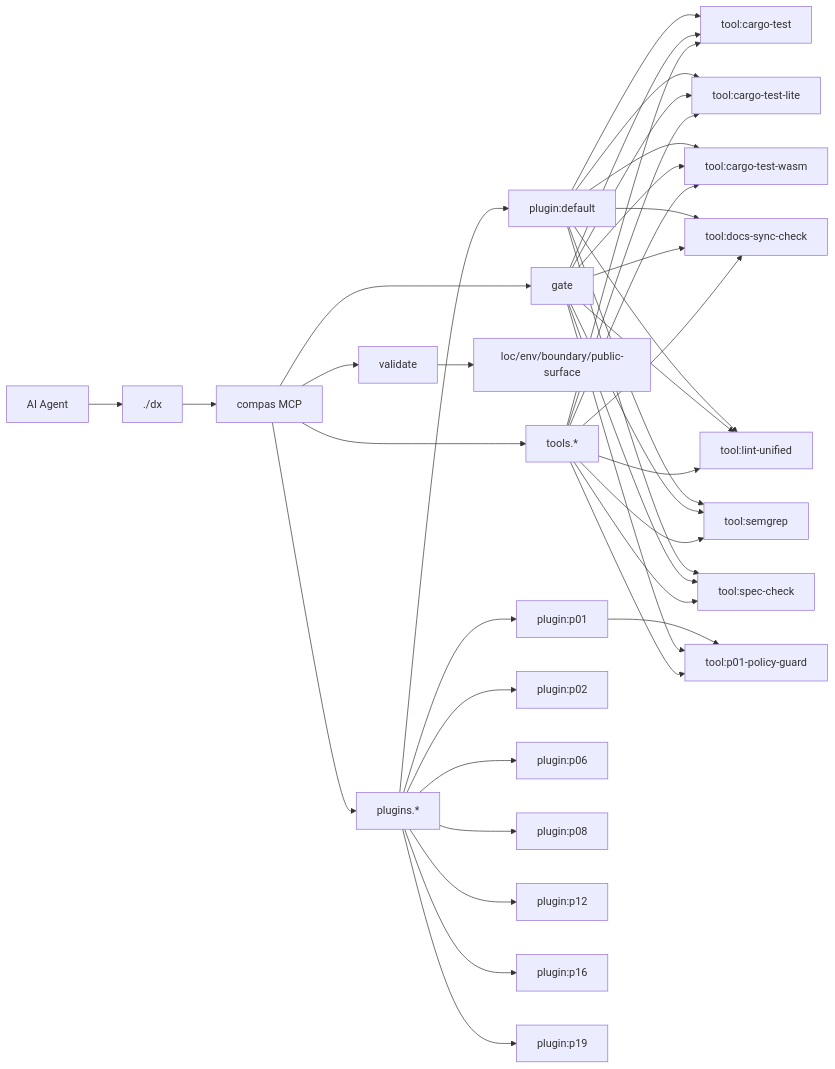
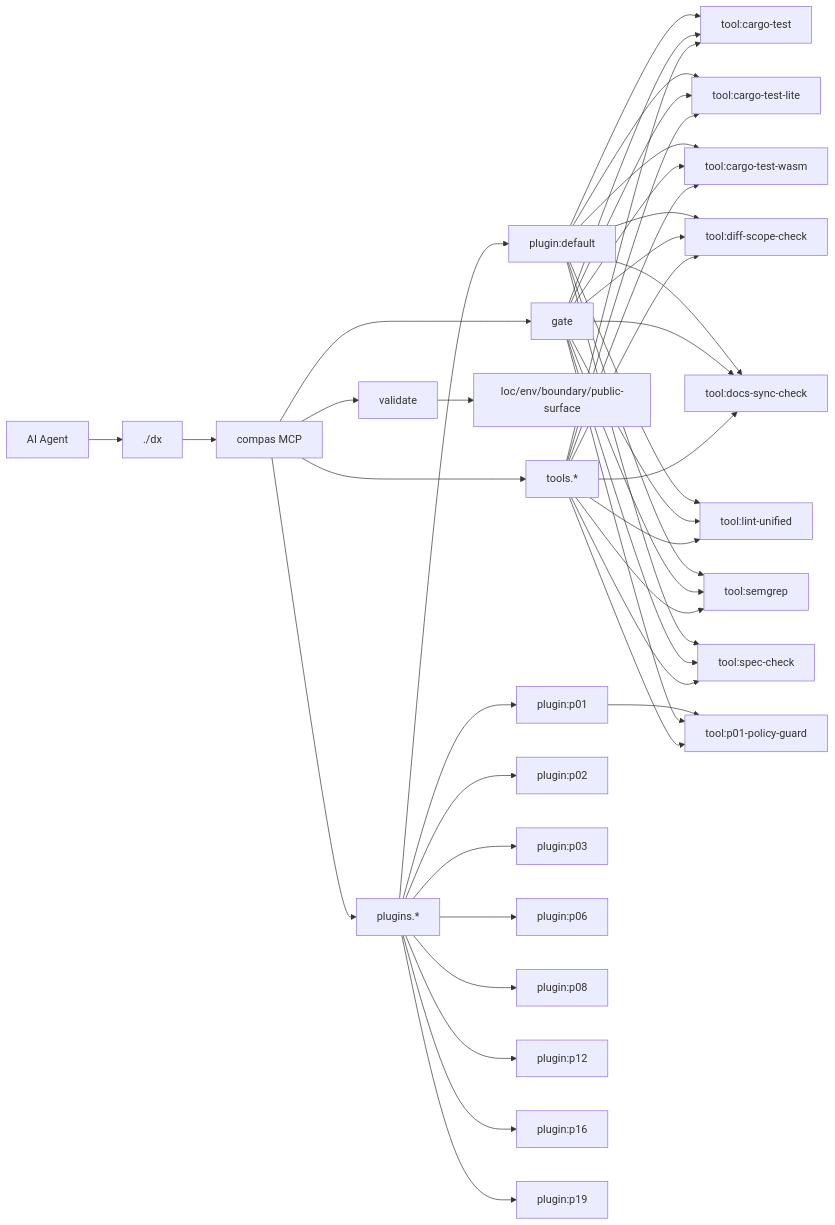
One commit to AmirTlinov/compas changed the diagram in AGENTS.md. Above: the diagram before and after it, drawn with Mermaid. The commit also changed other lines of this file and 7 other files, not shown here.

````diff
--- a/AGENTS.md
+++ b/AGENTS.md
@@ -61,42 +63,46 @@
 ```mermaid
 flowchart LR
   Agent[AI Agent] --> DX[./dx]
   DX --> MCP[compas MCP]
   MCP --> V[validate]
   MCP --> G[gate]
   MCP --> PL[plugins.*]
   MCP --> TL[tools.*]
   V --> C1[loc/env/boundary/public-surface]
   PL --> P_default["plugin:default"]
   P_default --> T_cargo_test["tool:cargo-test"]
   G --> T_cargo_test
   P_default --> T_cargo_test_lite["tool:cargo-test-lite"]
   G --> T_cargo_test_lite
   P_default --> T_cargo_test_wasm["tool:cargo-test-wasm"]
   G --> T_cargo_test_wasm
+  P_default --> T_diff_scope_check["tool:diff-scope-check"]
+  G --> T_diff_scope_check
   P_default --> T_docs_sync_check["tool:docs-sync-check"]
   G --> T_docs_sync_check
   P_default --> T_lint_unified["tool:lint-unified"]
   G --> T_lint_unified
   P_default --> T_semgrep["tool:semgrep"]
   G --> T_semgrep
   P_default --> T_spec_check["tool:spec-check"]
   G --> T_spec_check
   PL --> P_p01["plugin:p01"]
   P_p01 --> T_p01_policy_guard["tool:p01-policy-guard"]
   G --> T_p01_policy_guard
   PL --> P_p02["plugin:p02"]
+  PL --> P_p03["plugin:p03"]
   PL --> P_p06["plugin:p06"]
   PL --> P_p08["plugin:p08"]
   PL --> P_p12["plugin:p12"]
   PL --> P_p16["plugin:p16"]
   PL --> P_p19["plugin:p19"]
   TL --> T_cargo_test
   TL --> T_cargo_test_lite
   TL --> T_cargo_test_wasm
+  TL --> T_diff_scope_check
   TL --> T_docs_sync_check
   TL --> T_lint_unified
   TL --> T_p01_policy_guard
   TL --> T_semgrep
   TL --> T_spec_check
 ```
````
